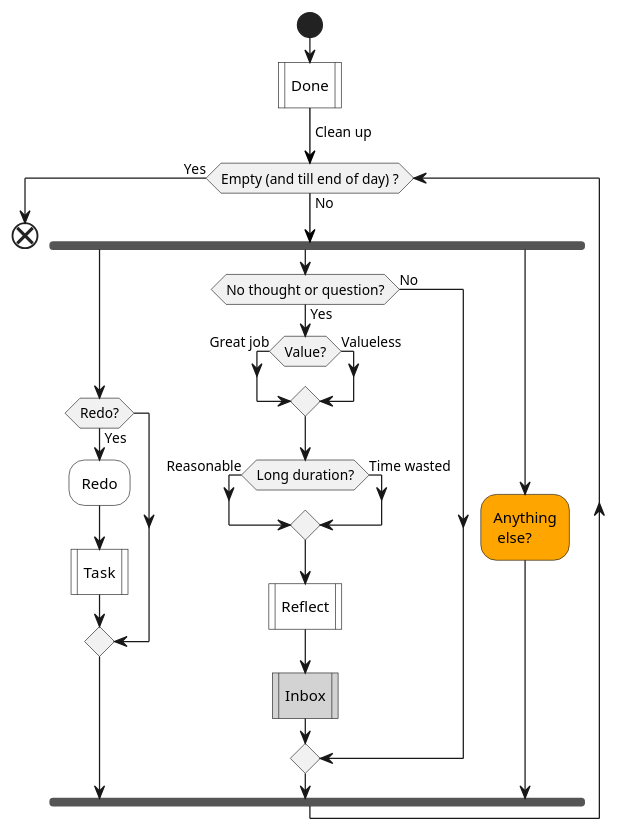
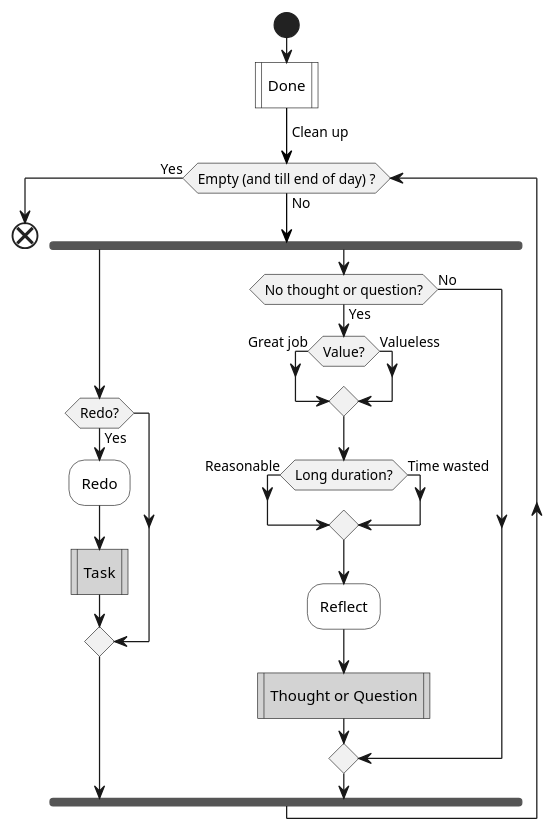
Before and after one commit to IceHe/icehe-lib: the fourth of 4 diagrams in lifelogs/rehabilitation.md, drawn with PlantUML. The commit also changed other lines of this file, not shown here.

````diff
--- a/lifelogs/rehabilitation.md
+++ b/lifelogs/rehabilitation.md
@@ -350,30 +347,28 @@
 ```plantuml
 @startuml
 start
 #white:Done|
 -[#black]-> Clean up;
 while (Empty (and till end of day) ?) is (No)
     fork
         if (Redo?) then (Yes)
             #white:Redo;
-            #white:Task|
+            #lightGray:Task|
         endif
     fork again
         if (No thought or question?) then (Yes)
             if (Value?) then (Great job)
             else (Valueless)
             endif
             if (Long duration?) then (Reasonable)
             else (Time wasted)
             endif
-            #white:Reflect|
-            #lightGray:Inbox|
+            #white:Reflect;
+            #lightGray:Thought or Question|
         else (No)
         endif
-    fork again
-        #orange:Anything\n else?;
     end fork
 endwhile (Yes)
 end
 @enduml
 ```
````
